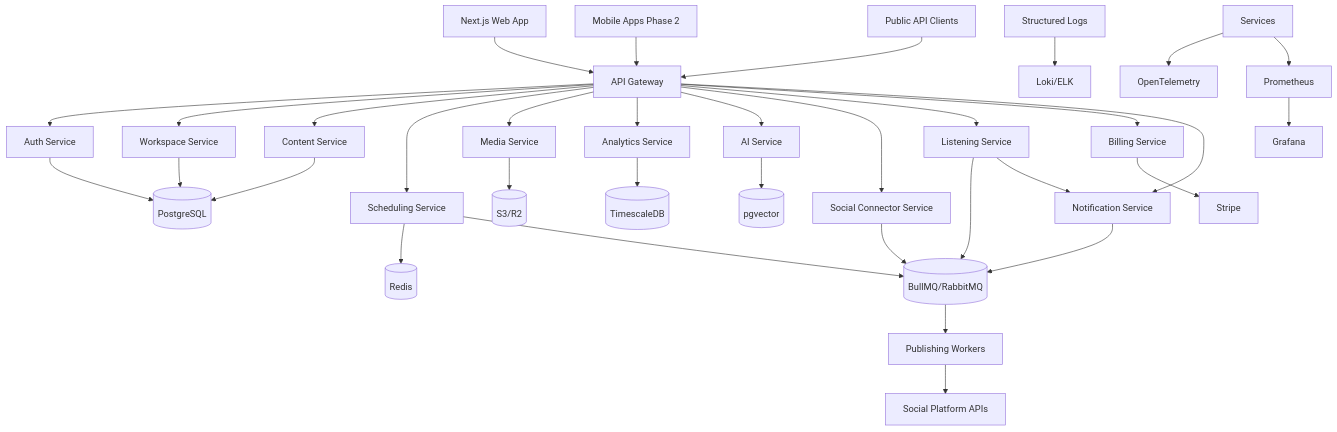
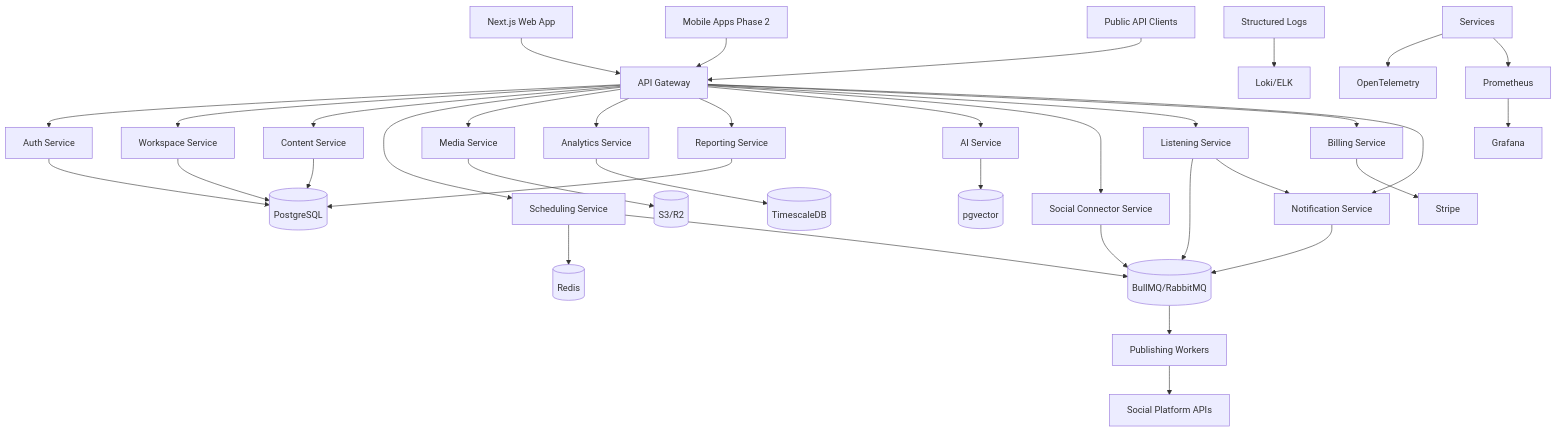
The first of 9 diagrams in docs/architecture/system-architecture.md (DevAbhishek11/Ai-SSM-Platfrom-SaaS), drawn with Mermaid before and after one commit. The commit also changed other lines of this file and 32 other files, not shown here.

````diff
--- a/docs/architecture/system-architecture.md
+++ b/docs/architecture/system-architecture.md
@@ -17,39 +17,41 @@
 ```mermaid
 flowchart TB
   web[Next.js Web App] --> gateway[API Gateway]
   mobile[Mobile Apps Phase 2] --> gateway
   publicApi[Public API Clients] --> gateway
 
   gateway --> auth[Auth Service]
   gateway --> workspace[Workspace Service]
   gateway --> content[Content Service]
   gateway --> scheduler[Scheduling Service]
   gateway --> media[Media Service]
   gateway --> analytics[Analytics Service]
+  gateway --> reports[Reporting Service]
   gateway --> ai[AI Service]
   gateway --> social[Social Connector Service]
   gateway --> listening[Listening Service]
   gateway --> billing[Billing Service]
   gateway --> notification[Notification Service]
 
   content --> postgres[(PostgreSQL)]
   workspace --> postgres
   auth --> postgres
+  reports --> postgres
   analytics --> timescale[(TimescaleDB)]
   scheduler --> redis[(Redis)]
   scheduler --> queue[(BullMQ/RabbitMQ)]
   media --> objectStore[(S3/R2)]
   ai --> vector[(pgvector)]
   social --> queue
   listening --> queue
   listening --> notification
   notification --> queue
   billing --> stripe[Stripe]
   queue --> publisher[Publishing Workers]
   publisher --> platforms[Social Platform APIs]
 
   apiLogs[Structured Logs] --> loki[Loki/ELK]
   services[Services] --> otel[OpenTelemetry]
   services --> prometheus[Prometheus]
   prometheus --> grafana[Grafana]
 ```
````
